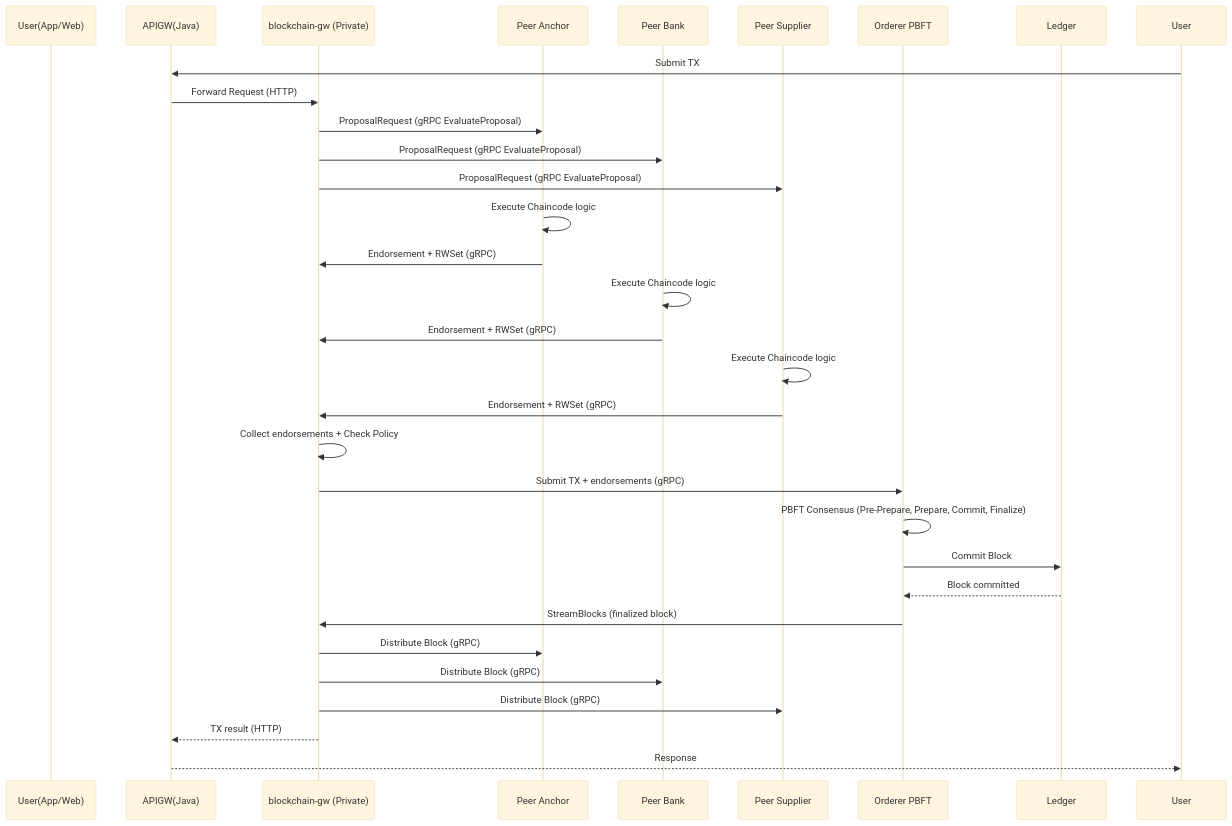
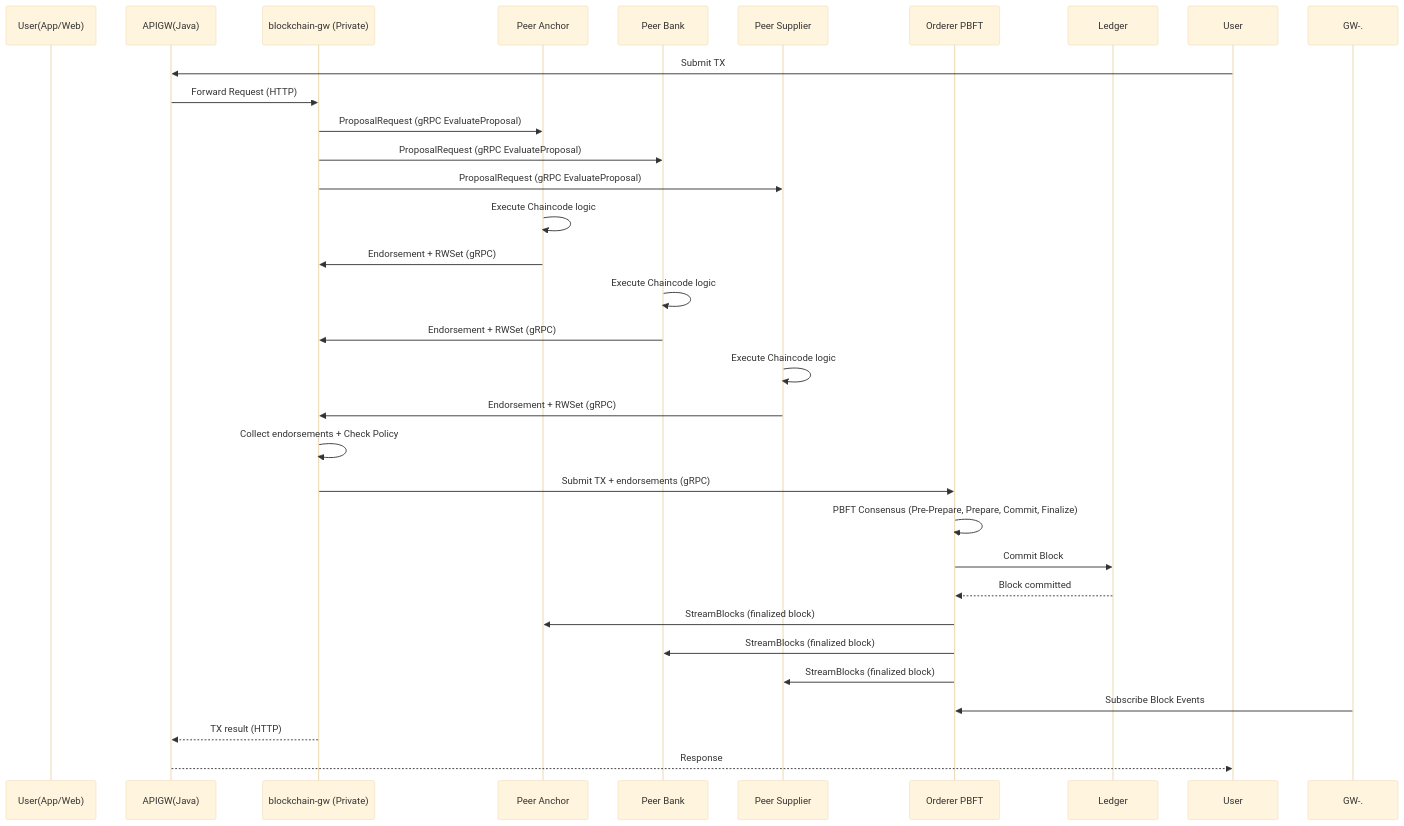
The fifth of 25 diagrams in System_Design_Document.md (trunghc97/blockchain), drawn with Mermaid (base theme) before and after one commit. The commit also changed other lines of this file and 1 other file, not shown here.

````diff
--- a/System_Design_Document.md
+++ b/System_Design_Document.md
@@ -640,37 +642,37 @@
 ```mermaid
 sequenceDiagram
     participant User(App/Web)
     participant APIGW(Java)
     participant GW as blockchain-gw (Private)
     participant PeerA as Peer Anchor
     participant PeerB as Peer Bank
     participant PeerS as Peer Supplier
     participant ORD as Orderer PBFT
     participant LED as Ledger
 
     User->>APIGW(Java): Submit TX
     APIGW(Java)->>GW: Forward Request (HTTP)
 
     GW->>PeerA: ProposalRequest (gRPC EvaluateProposal)
     GW->>PeerB: ProposalRequest (gRPC EvaluateProposal)
     GW->>PeerS: ProposalRequest (gRPC EvaluateProposal)
 
     PeerA->>PeerA: Execute Chaincode logic
     PeerA->>GW: Endorsement + RWSet (gRPC)
     PeerB->>PeerB: Execute Chaincode logic
     PeerB->>GW: Endorsement + RWSet (gRPC)
     PeerS->>PeerS: Execute Chaincode logic
     PeerS->>GW: Endorsement + RWSet (gRPC)
 
     GW->>GW: Collect endorsements + Check Policy
     GW->>ORD: Submit TX + endorsements (gRPC)
     ORD->>ORD: PBFT Consensus (Pre-Prepare, Prepare, Commit, Finalize)
     ORD->>LED: Commit Block
     LED-->>ORD: Block committed
-    ORD->>GW: StreamBlocks (finalized block)
-    GW->>PeerA: Distribute Block (gRPC)
-    GW->>PeerB: Distribute Block (gRPC)
-    GW->>PeerS: Distribute Block (gRPC)
+    ORD->>PeerA: StreamBlocks (finalized block)
+    ORD->>PeerB: StreamBlocks (finalized block)
+    ORD->>PeerS: StreamBlocks (finalized block)
+    GW-.->>ORD: Subscribe Block Events
     GW-->>APIGW(Java): TX result (HTTP)
     APIGW(Java)-->>User: Response
 ```
````
